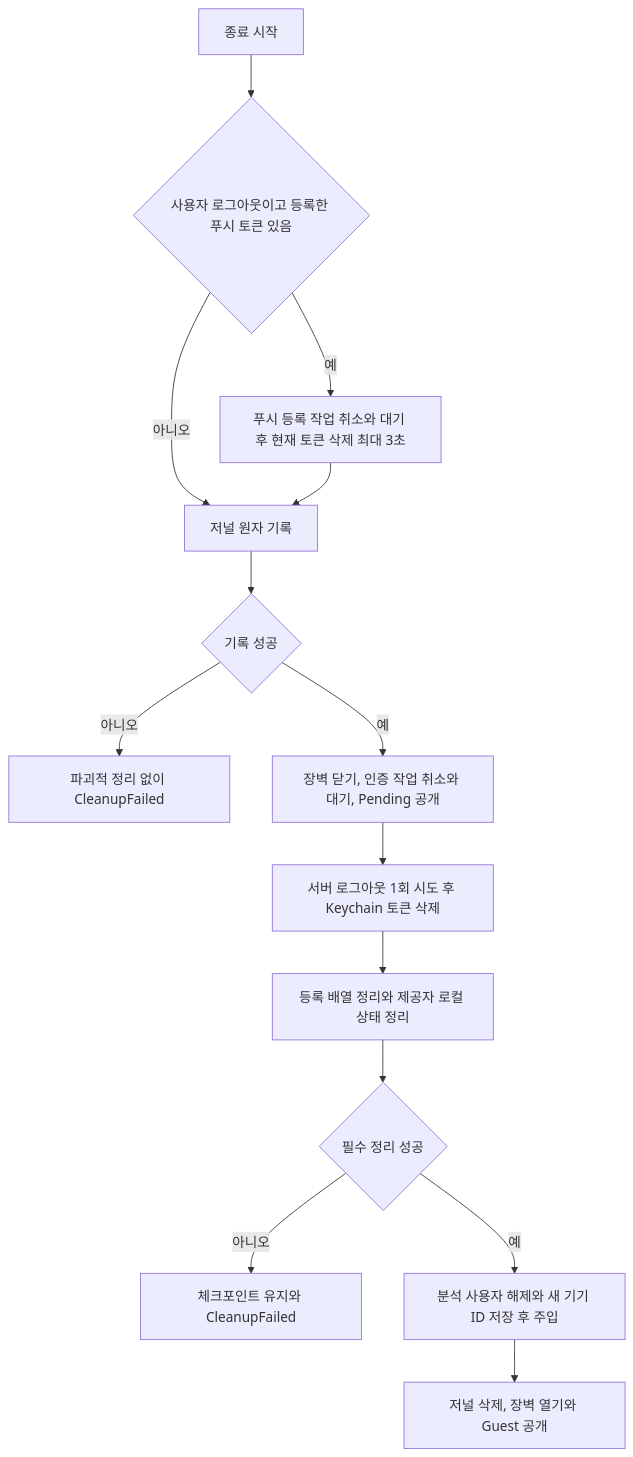
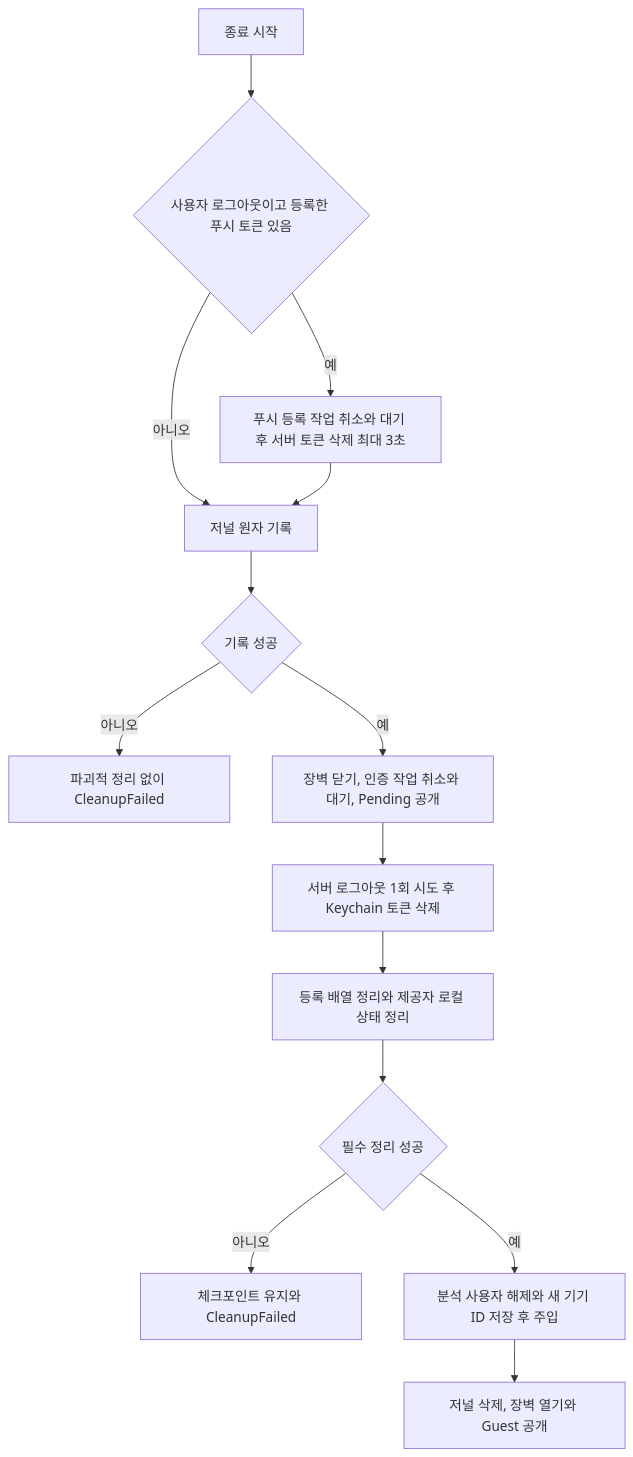
The second of 3 diagrams in docs/spec/ACCOUNT/CLIENT/IOS/4-4-EXECUTION.md (KIM-N-KANG/knk-harness), drawn with Mermaid before and after one commit. The commit also changed other lines of this file and 30 other files, not shown here.

````diff
--- a/docs/spec/ACCOUNT/CLIENT/IOS/4-4-EXECUTION.md
+++ b/docs/spec/ACCOUNT/CLIENT/IOS/4-4-EXECUTION.md
@@ -64,16 +64,16 @@
 ```mermaid
 flowchart TD
     A["종료 시작"] --> B{"사용자 로그아웃이고 등록한 푸시 토큰 있음"}
-    B -->|예| C["푸시 등록 작업 취소와 대기 후 현재 토큰 삭제 최대 3초"]
+    B -->|예| C["푸시 등록 작업 취소와 대기 후 서버 토큰 삭제 최대 3초"]
     B -->|아니오| D["저널 원자 기록"]
     C --> D
     D --> E{"기록 성공"}
     E -->|아니오| X["파괴적 정리 없이 CleanupFailed"]
     E -->|예| F["장벽 닫기, 인증 작업 취소와 대기, Pending 공개"]
     F --> G["서버 로그아웃 1회 시도 후 Keychain 토큰 삭제"]
     G --> H["등록 배열 정리와 제공자 로컬 상태 정리"]
     H --> I{"필수 정리 성공"}
     I -->|아니오| R["체크포인트 유지와 CleanupFailed"]
     I -->|예| J["분석 사용자 해제와 새 기기 ID 저장 후 주입"]
     J --> K["저널 삭제, 장벽 열기와 Guest 공개"]
 ```
````
